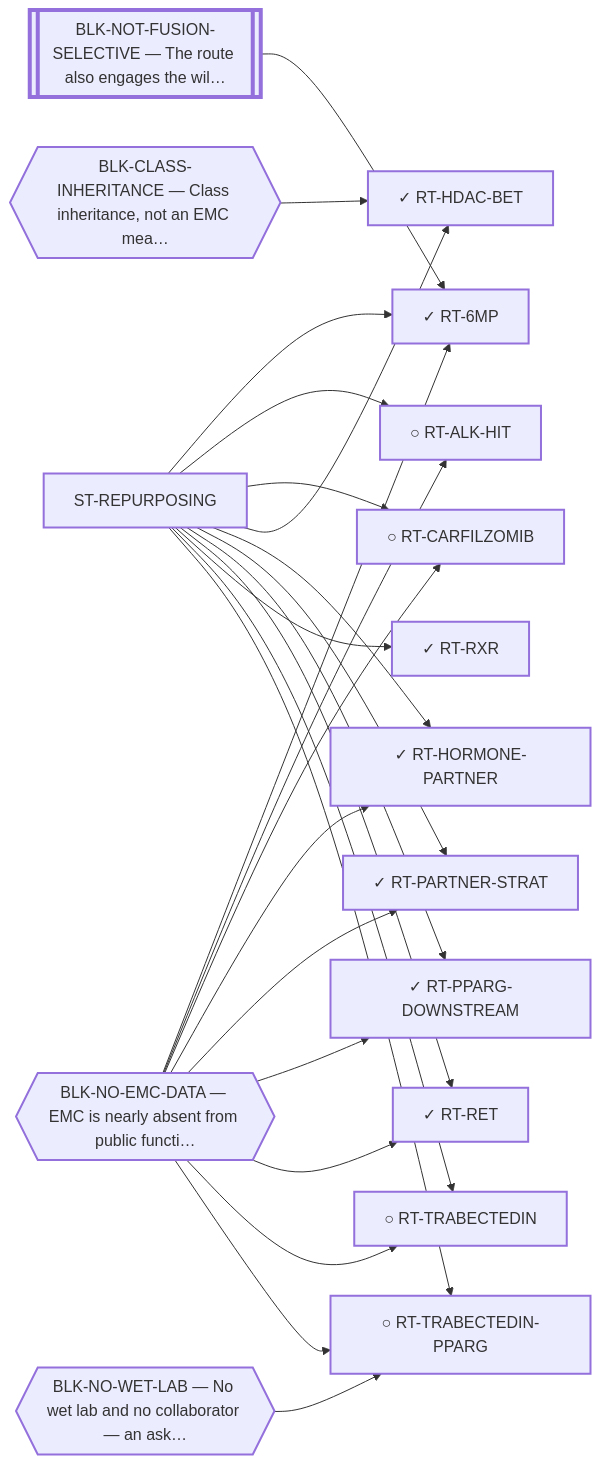
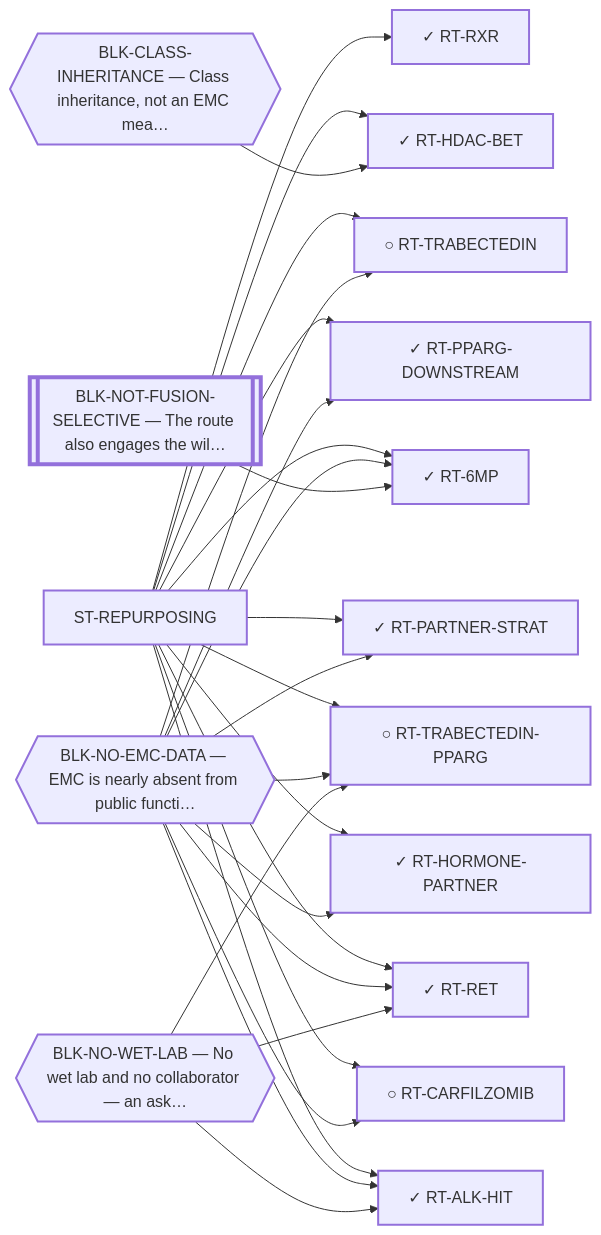
The diagram in systems/views/L1-st-repurposing.md (trimcrae/Rare-cancers), drawn with Mermaid before and after one commit. The commit also changed other lines of this file and 15 other files, not shown here.

````diff
--- a/systems/views/L1-st-repurposing.md
+++ b/systems/views/L1-st-repurposing.md
@@ -35,47 +35,49 @@
 ```mermaid
 flowchart LR
   ST_REPURPOSING["ST-REPURPOSING"]:::fam
   RT_6MP["✓ RT-6MP"]:::fam
   ST_REPURPOSING --> RT_6MP
-  RT_ALK_HIT["○ RT-ALK-HIT"]:::fam
+  RT_ALK_HIT["✓ RT-ALK-HIT"]:::fam
   ST_REPURPOSING --> RT_ALK_HIT
   RT_CARFILZOMIB["○ RT-CARFILZOMIB"]:::fam
   ST_REPURPOSING --> RT_CARFILZOMIB
   RT_HDAC_BET["✓ RT-HDAC-BET"]:::fam
   ST_REPURPOSING --> RT_HDAC_BET
   RT_HORMONE_PARTNER["✓ RT-HORMONE-PARTNER"]:::fam
   ST_REPURPOSING --> RT_HORMONE_PARTNER
   RT_PARTNER_STRAT["✓ RT-PARTNER-STRAT"]:::fam
   ST_REPURPOSING --> RT_PARTNER_STRAT
   RT_PPARG_DOWNSTREAM["✓ RT-PPARG-DOWNSTREAM"]:::fam
   ST_REPURPOSING --> RT_PPARG_DOWNSTREAM
   RT_RET["✓ RT-RET"]:::fam
   ST_REPURPOSING --> RT_RET
   RT_RXR["✓ RT-RXR"]:::fam
   ST_REPURPOSING --> RT_RXR
   RT_TRABECTEDIN["○ RT-TRABECTEDIN"]:::fam
   ST_REPURPOSING --> RT_TRABECTEDIN
   RT_TRABECTEDIN_PPARG["○ RT-TRABECTEDIN-PPARG"]:::fam
   ST_REPURPOSING --> RT_TRABECTEDIN_PPARG
 
   BLK_CLASS_INHERITANCE{{"BLK-CLASS-INHERITANCE — Class inheritance, not an EMC mea…"}}:::blk
   BLK_CLASS_INHERITANCE --> RT_HDAC_BET
   BLK_NO_EMC_DATA{{"BLK-NO-EMC-DATA — EMC is nearly absent from public functi…"}}:::blk
   BLK_NO_EMC_DATA --> RT_6MP
   BLK_NO_EMC_DATA --> RT_ALK_HIT
   BLK_NO_EMC_DATA --> RT_CARFILZOMIB
   BLK_NO_EMC_DATA --> RT_HORMONE_PARTNER
   BLK_NO_EMC_DATA --> RT_PARTNER_STRAT
   BLK_NO_EMC_DATA --> RT_PPARG_DOWNSTREAM
   BLK_NO_EMC_DATA --> RT_RET
   BLK_NO_EMC_DATA --> RT_TRABECTEDIN
   BLK_NO_EMC_DATA --> RT_TRABECTEDIN_PPARG
   BLK_NO_WET_LAB{{"BLK-NO-WET-LAB — No wet lab and no collaborator — an ask…"}}:::blk
+  BLK_NO_WET_LAB --> RT_ALK_HIT
+  BLK_NO_WET_LAB --> RT_RET
   BLK_NO_WET_LAB --> RT_TRABECTEDIN_PPARG
   BLK_NOT_FUSION_SELECTIVE[["BLK-NOT-FUSION-SELECTIVE — The route also engages the wil…"]]:::perm
   BLK_NOT_FUSION_SELECTIVE --> RT_6MP
   classDef fam stroke-width:2px;
   classDef blk stroke-width:2px;
   classDef perm stroke-width:4px;
   classDef tech stroke-width:1px,stroke-dasharray:4 3;
 ```
````
